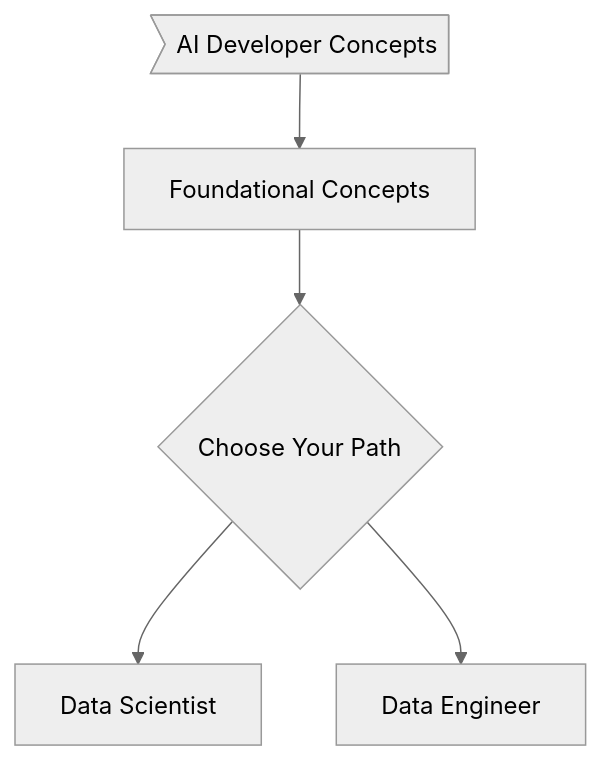
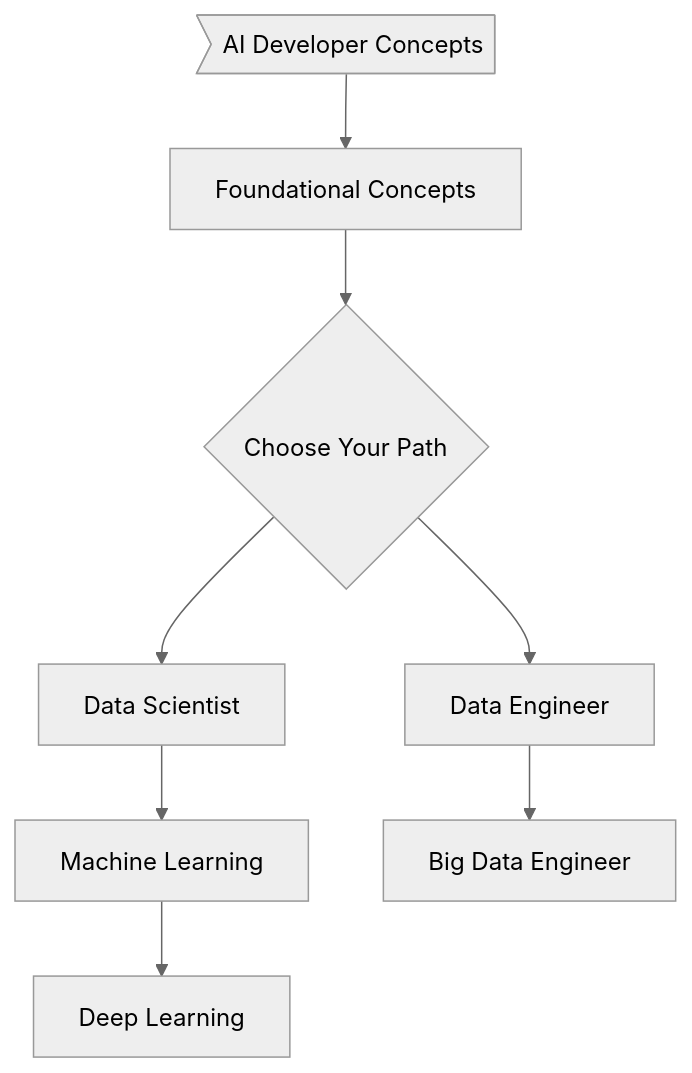
The diagram in readme.md (jasonmhead/AI-Expert-Roadmap-Connections), drawn with Mermaid (neutral theme) before and after one commit. The commit also changed other lines of this file, not shown here.

````diff
--- a/readme.md
+++ b/readme.md
@@ -21,8 +33,10 @@
 ```mermaid
 flowchart TD
 en>AI Developer Concepts] --> 
 A[Foundational Concepts] --> B{Choose Your Path} 
 B --> C[Data Scientist] 
 B --> D[Data Engineer]
-
+C --> E[Machine Learning]
+D --> F[Big Data Engineer]
+E --> G[Deep Learning]
 ```
````
